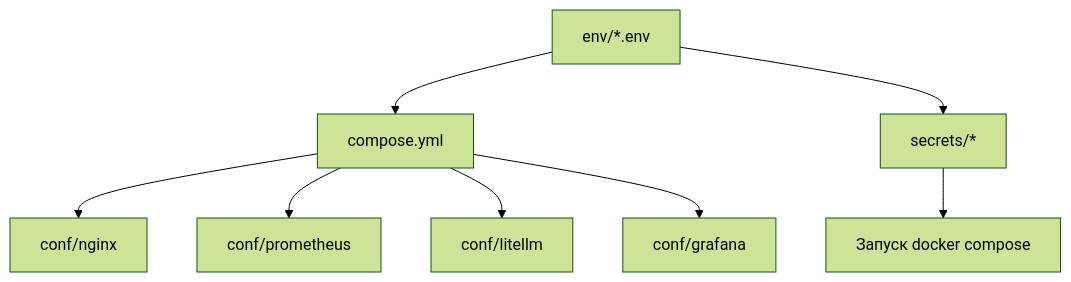
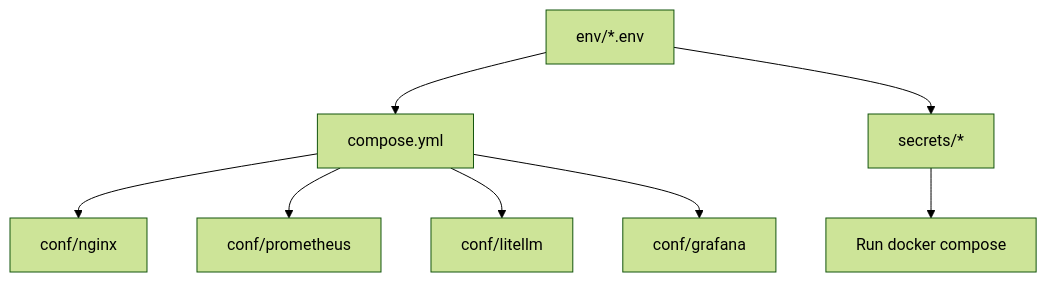
The diagram in docs/getting-started/configuration-guide.md (DIZ-admin/erni-ki), drawn with Mermaid (forest theme) before and after one commit. The commit also changed other lines of this file and 389 other files, not shown here.

````diff
--- a/docs/getting-started/configuration-guide.md
+++ b/docs/getting-started/configuration-guide.md
@@ -39,10 +39,10 @@
 ```mermaid
 flowchart TD
  Env[env/*.env] --> Compose[compose.yml]
  Compose --> Nginx[conf/nginx]
  Compose --> Prometheus[conf/prometheus]
  Compose --> LiteLLM[conf/litellm]
  Compose --> Grafana[conf/grafana]
  Env --> Secrets[secrets/*]
- Secrets --> Runtime[Запуск docker compose]
+ Secrets --> Runtime[Run docker compose]
 ```
````
